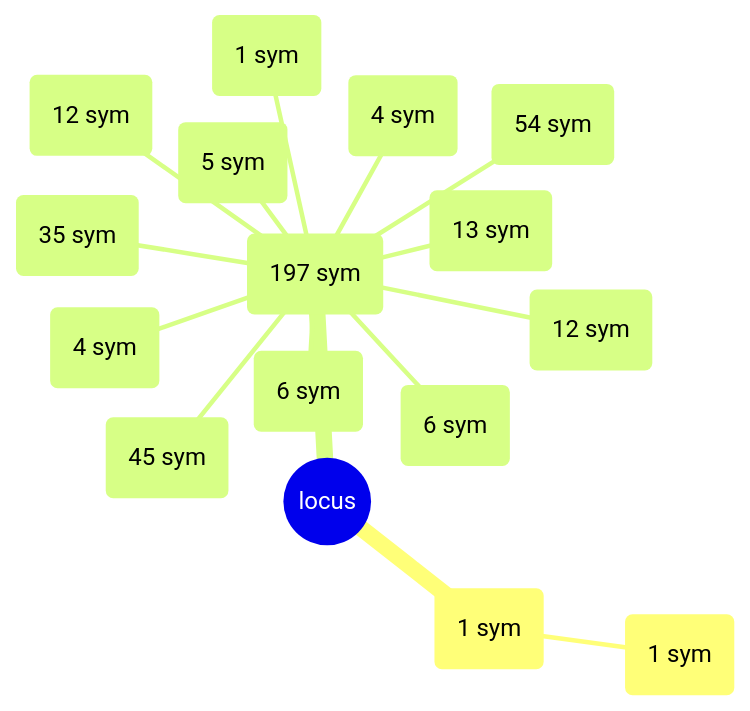
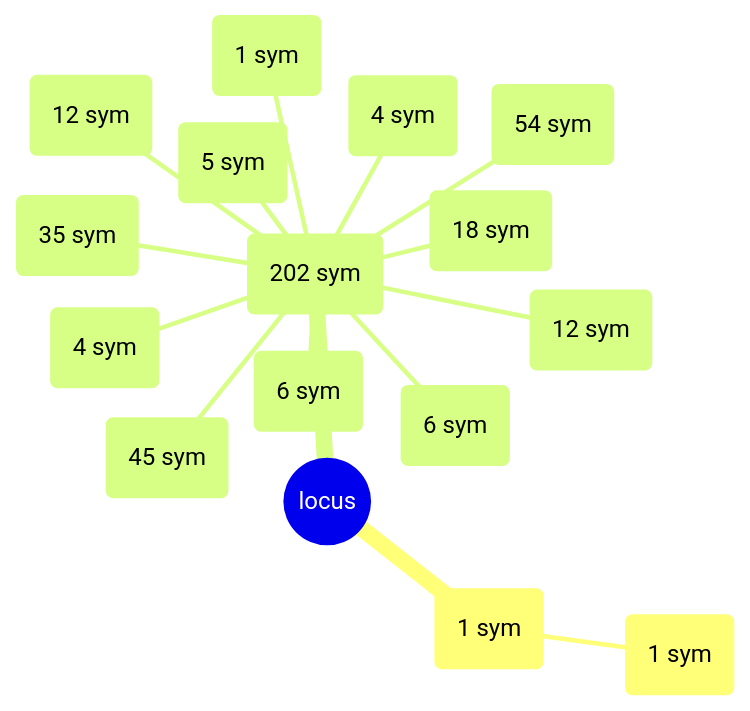
One commit to dpopsuev/locus changed the fourth of 7 diagrams in README.md. Above: the diagram before and after it, drawn with Mermaid. The commit also changed other lines of this file and 11 other files, not shown here.

````diff
--- a/README.md
+++ b/README.md
@@ -253,19 +255,19 @@
 ```mermaid
 mindmap
     root(("locus"))
         cmd (1 sym)
             cmd/locus (1 sym)
-        internal (197 sym)
+        internal (202 sym)
             internal/analysis (35 sym)
             internal/arch (54 sym)
             internal/cache (5 sym)
             internal/cursor (4 sym)
             internal/diagram (4 sym)
             internal/history (12 sym)
             internal/mcp (1 sym)
             internal/model (45 sym)
-            internal/protocol (13 sym)
+            internal/protocol (18 sym)
             internal/remote (6 sym)
             internal/survey (12 sym)
             internal/triage (6 sym)
 ```
````
